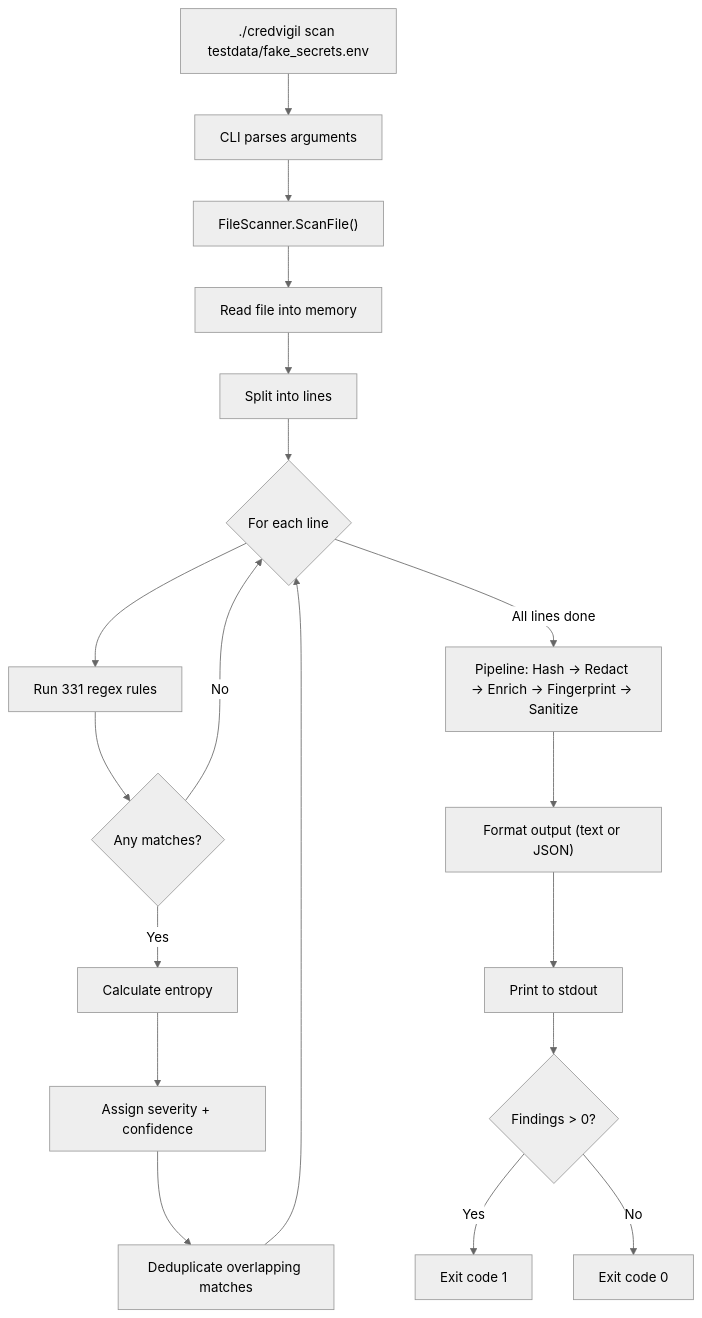
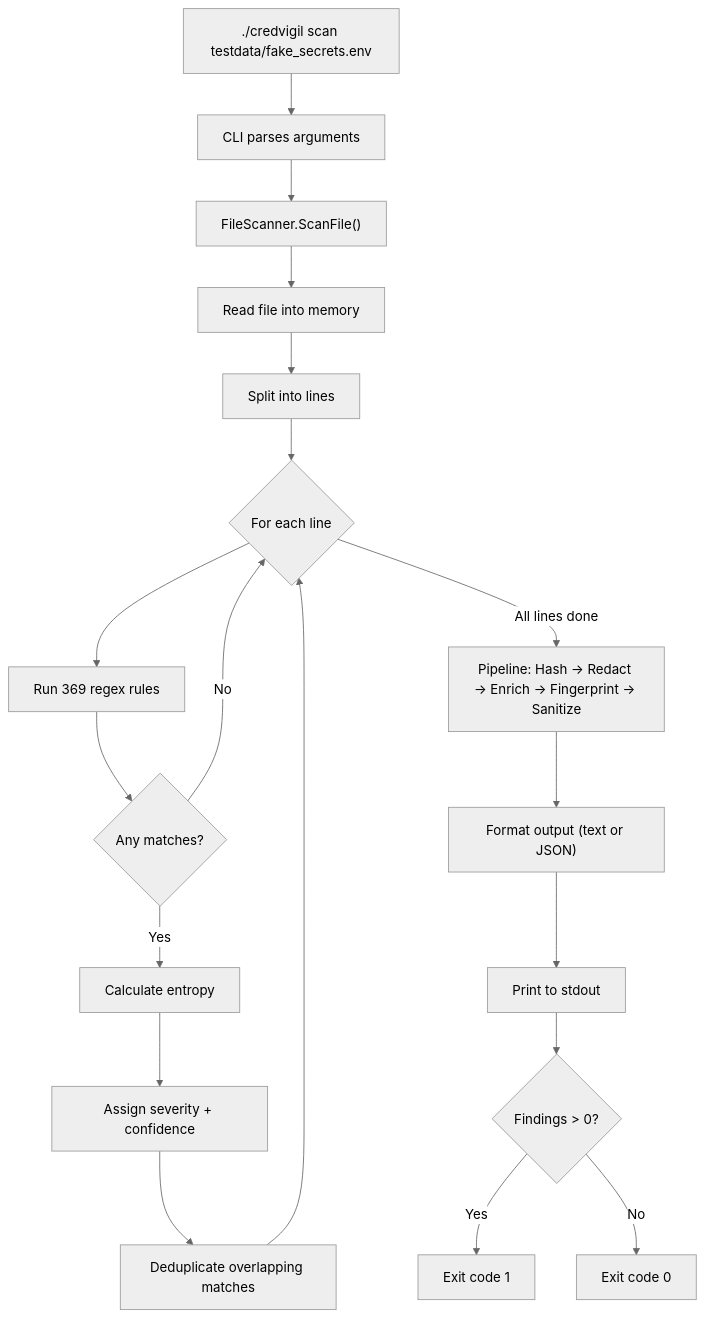
Before and after one commit to svemulapati/CredVigil: the sixth of 32 diagrams in docs/training/100_commands_summary.md, drawn with Mermaid (neutral theme). The commit also changed other lines of this file and 20 other files, not shown here.

````diff
--- a/docs/training/100_commands_summary.md
+++ b/docs/training/100_commands_summary.md
@@ -475,21 +475,21 @@
 ```mermaid
 flowchart TD
     A["./credvigil scan testdata/fake_secrets.env"] --> B["CLI parses arguments"]
     B --> C["FileScanner.ScanFile()"]
     C --> D["Read file into memory"]
     D --> E["Split into lines"]
     E --> F{"For each line"}
-    F --> G["Run 331 regex rules"]
+    F --> G["Run 369 regex rules"]
     G --> H{"Any matches?"}
     H -->|Yes| I["Calculate entropy"]
     H -->|No| F
     I --> J["Assign severity + confidence"]
     J --> K["Deduplicate overlapping matches"]
     K --> F
     F -->|All lines done| L["Pipeline: Hash → Redact → Enrich → Fingerprint → Sanitize"]
     L --> M["Format output (text or JSON)"]
     M --> N["Print to stdout"]
     N --> O{"Findings > 0?"}
     O -->|Yes| P["Exit code 1"]
     O -->|No| Q["Exit code 0"]
 ```
````
